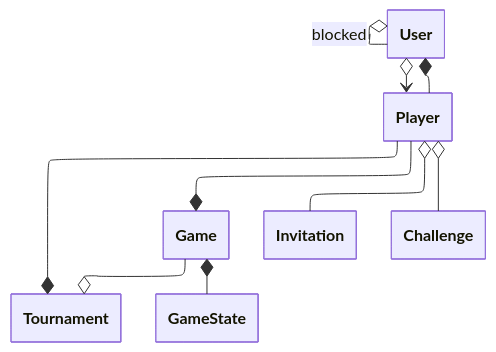
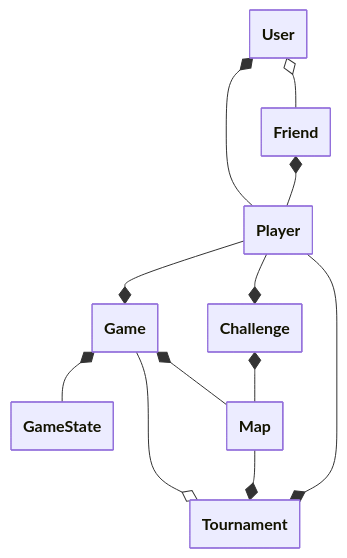
The diagram in docs/README.md (raranguren/transcendence), drawn with Mermaid before and after one commit. The commit also changed other lines of this file, not shown here.

Commit message:
doc! add Map and Friend to model
rarangur

````diff
--- a/docs/README.md
+++ b/docs/README.md
@@ -6,34 +7,20 @@
 ```mermaid
 ---
 config:
   class:
     hideEmptyMembersBox: true
-  layout: elk
 ---
 classDiagram
 direction TB
-    class User {
-    }
-    class Player {
-    }
-    class Game {
-    }
-    class Tournament {
-    }
-    class GameState {
-    }
-    class Invitation {
-    }
-    class Challenge {
-    }
-
     User *-- Player
-    User o--> Player
+    User o-- Friend
+    Friend *-- Player
     Player --* Game
     Tournament *-- Player
     Game *-- GameState
     Game --o Tournament
-    Player o-- Invitation
-    User o-- User : blocked
-    Player o-- Challenge
+    Map --* Tournament
+    Player --* Challenge
+    Game *-- Map
+    Challenge *--Map
 ```
````
